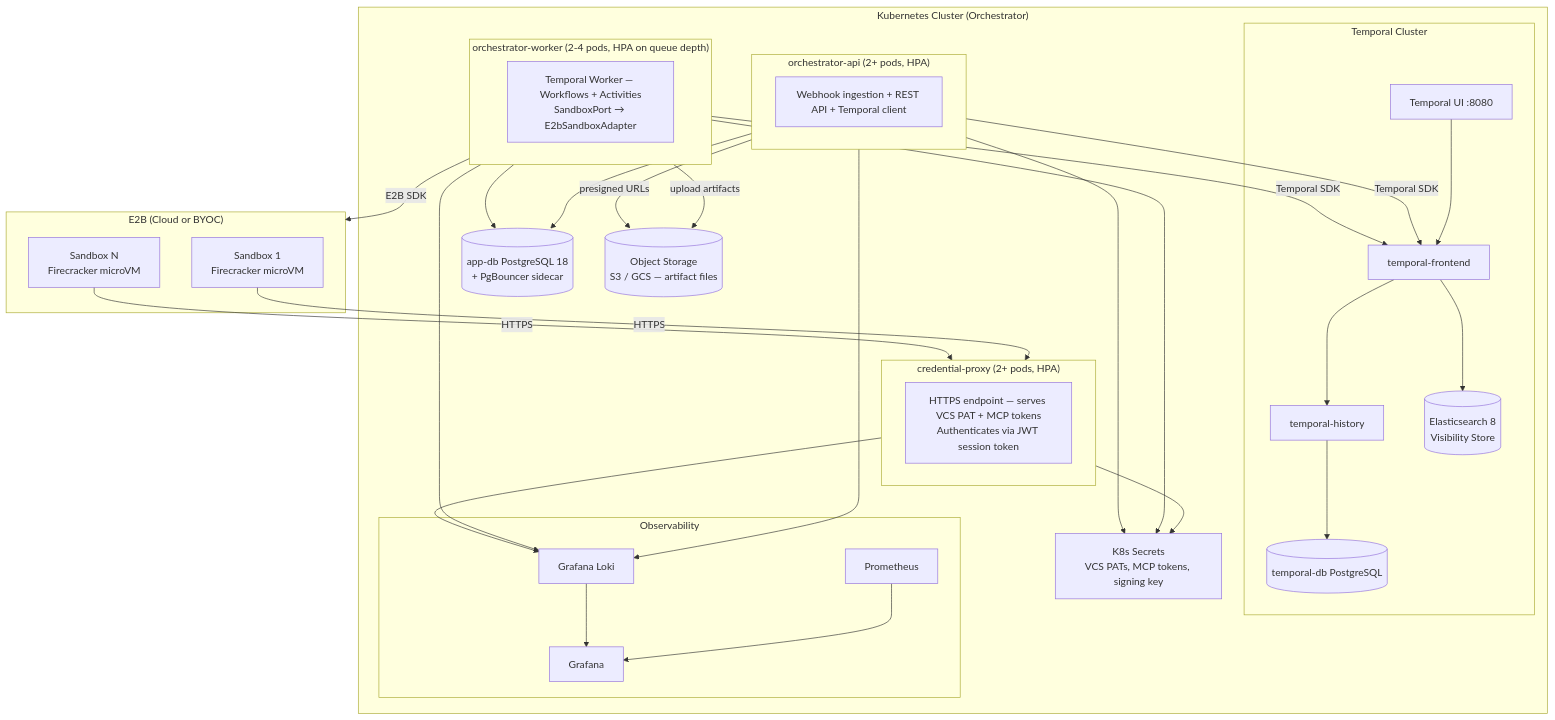
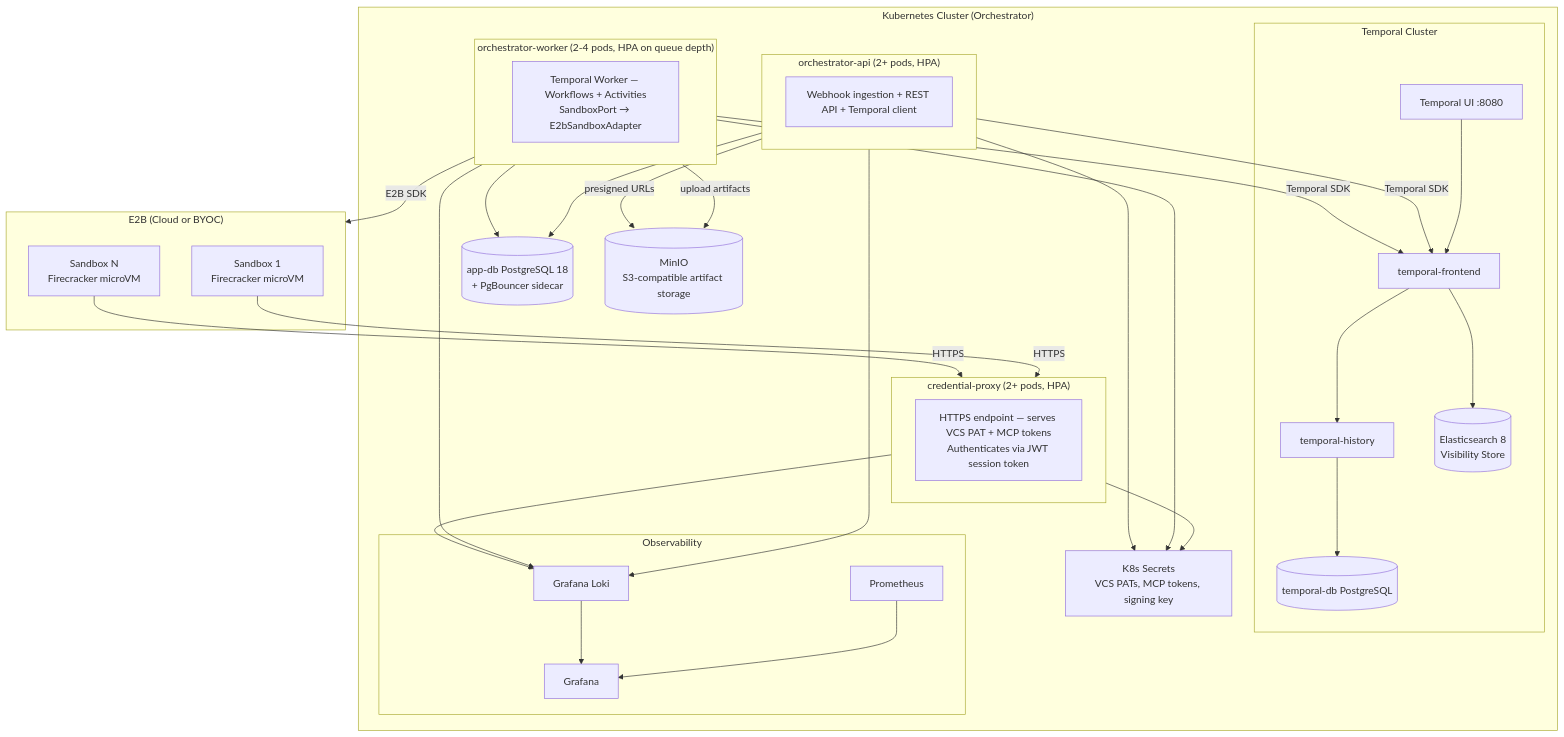
Before and after one commit to nmime/ai-sdlc-orchestrator: the first of 2 diagrams in docs/specs/deployment.md, drawn with Mermaid. The commit also changed other lines of this file and 9 other files, not shown here.

````diff
--- a/docs/specs/deployment.md
+++ b/docs/specs/deployment.md
@@ -191,60 +210,60 @@
 ```mermaid
 graph TB
     subgraph K8s["Kubernetes Cluster (Orchestrator)"]
         subgraph API["orchestrator-api (2+ pods, HPA)"]
             A1[Webhook ingestion + REST API + Temporal client]
         end
 
         subgraph Worker["orchestrator-worker (2-4 pods, HPA on queue depth)"]
             W1[Temporal Worker — Workflows + Activities<br>SandboxPort → E2bSandboxAdapter]
         end
 
         subgraph CredProxy["credential-proxy (2+ pods, HPA)"]
             CP1[HTTPS endpoint — serves VCS PAT + MCP tokens<br>Authenticates via JWT session token]
         end
 
         subgraph TemporalCluster["Temporal Cluster"]
             TFE[temporal-frontend]
             THI[temporal-history]
             TDB[(temporal-db PostgreSQL)]
             TUI[Temporal UI :8080]
             ES[(Elasticsearch 8<br>Visibility Store)]
         end
 
         subgraph Observability["Observability"]
             LOKI[Grafana Loki]
             PROM[Prometheus]
             GRAF[Grafana]
         end
 
         PG[(app-db PostgreSQL 18<br>+ PgBouncer sidecar)]
         SEC[K8s Secrets<br>VCS PATs, MCP tokens, signing key]
-        S3[(Object Storage<br>S3 / GCS — artifact files)]
+        S3[(MinIO<br>S3-compatible artifact storage)]
     end
 
     subgraph E2B["E2B (Cloud or BYOC)"]
         SB1[Sandbox 1<br>Firecracker microVM]
         SB2[Sandbox N<br>Firecracker microVM]
     end
 
     API -->|Temporal SDK| TFE
     Worker -->|Temporal SDK| TFE
     Worker -->|E2B SDK| E2B
     Worker -->|upload artifacts| S3
     SB1 -->|HTTPS| CredProxy
     SB2 -->|HTTPS| CredProxy
     CredProxy --> SEC
     TFE --> THI --> TDB
     TFE --> ES
     TUI --> TFE
     API --> PG
     API -->|presigned URLs| S3
     Worker --> PG
     Worker --> SEC
     API --> SEC
     API --> LOKI
     Worker --> LOKI
     CredProxy --> LOKI
     PROM --> GRAF
     LOKI --> GRAF
 ```
````
